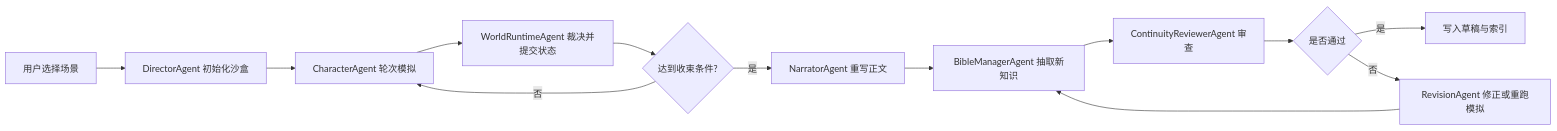
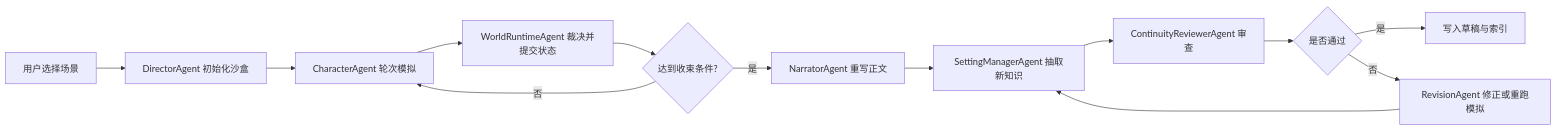
The second of 2 diagrams in docs/novel-writing-system-design.md (changw98ic/n0vel), drawn with Mermaid before and after one commit. The commit also changed other lines of this file and 152 other files, not shown here.

````diff
--- a/docs/novel-writing-system-design.md
+++ b/docs/novel-writing-system-design.md
@@ -840,15 +840,15 @@
 ```mermaid
 flowchart LR
     A["用户选择场景"] --> B["DirectorAgent 初始化沙盒"]
     B --> C["CharacterAgent 轮次模拟"]
     C --> D["WorldRuntimeAgent 裁决并提交状态"]
     D --> E{"达到收束条件?"}
     E -- 否 --> C
     E -- 是 --> F["NarratorAgent 重写正文"]
-    F --> G["BibleManagerAgent 抽取新知识"]
+    F --> G["SettingManagerAgent 抽取新知识"]
     G --> H["ContinuityReviewerAgent 审查"]
     H --> I{"是否通过"}
     I -- 是 --> J["写入草稿与索引"]
     I -- 否 --> K["RevisionAgent 修正或重跑模拟"]
     K --> G
 ```
````
